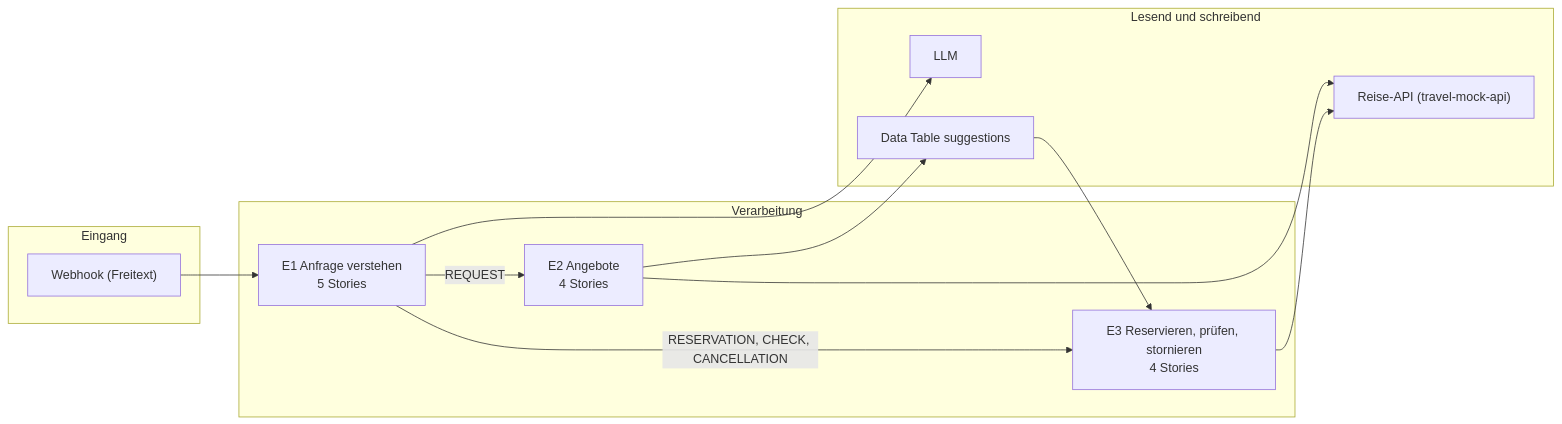
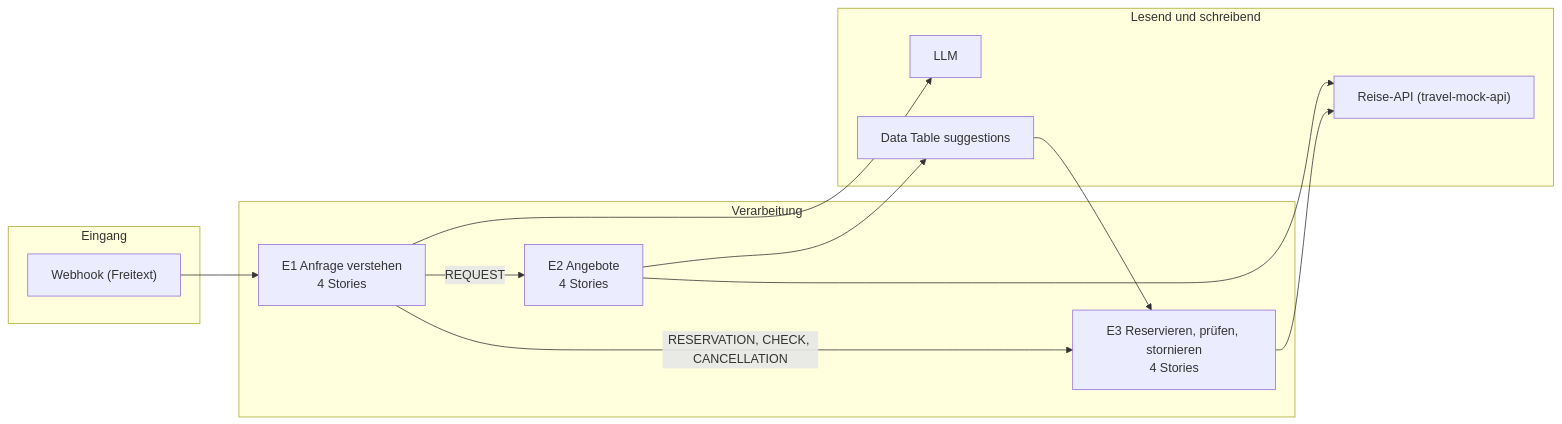
The diagram in contracts/bc3-to-bc4/uc1-reisebuchung/del-uc1-reisebuchung-2026-10-26-test/architecture.md (pg-coe-kmu/coe-factory), drawn with Mermaid before and after one commit. The commit also changed other lines of this file and 4 other files, not shown here.

````diff
--- a/contracts/bc3-to-bc4/uc1-reisebuchung/del-uc1-reisebuchung-2026-10-26-test/architecture.md
+++ b/contracts/bc3-to-bc4/uc1-reisebuchung/del-uc1-reisebuchung-2026-10-26-test/architecture.md
@@ -11,24 +11,24 @@
 ```mermaid
 flowchart LR
   subgraph Eingang
     wh["Webhook (Freitext)"]
   end
   subgraph Verarbeitung
-    e1["E1 Anfrage verstehen<br/>5 Stories"]
+    e1["E1 Anfrage verstehen<br/>4 Stories"]
     e2["E2 Angebote<br/>4 Stories"]
     e3["E3 Reservieren, prüfen, stornieren<br/>4 Stories"]
   end
   subgraph "Lesend und schreibend"
     llm["LLM"]
     api["Reise-API (travel-mock-api)"]
     dt["Data Table suggestions"]
   end
   wh --> e1
   e1 --> llm
   e1 -- REQUEST --> e2
   e1 -- RESERVATION, CHECK, CANCELLATION --> e3
   e2 --> api
   e2 --> dt
   dt --> e3
   e3 --> api
 ```
````
